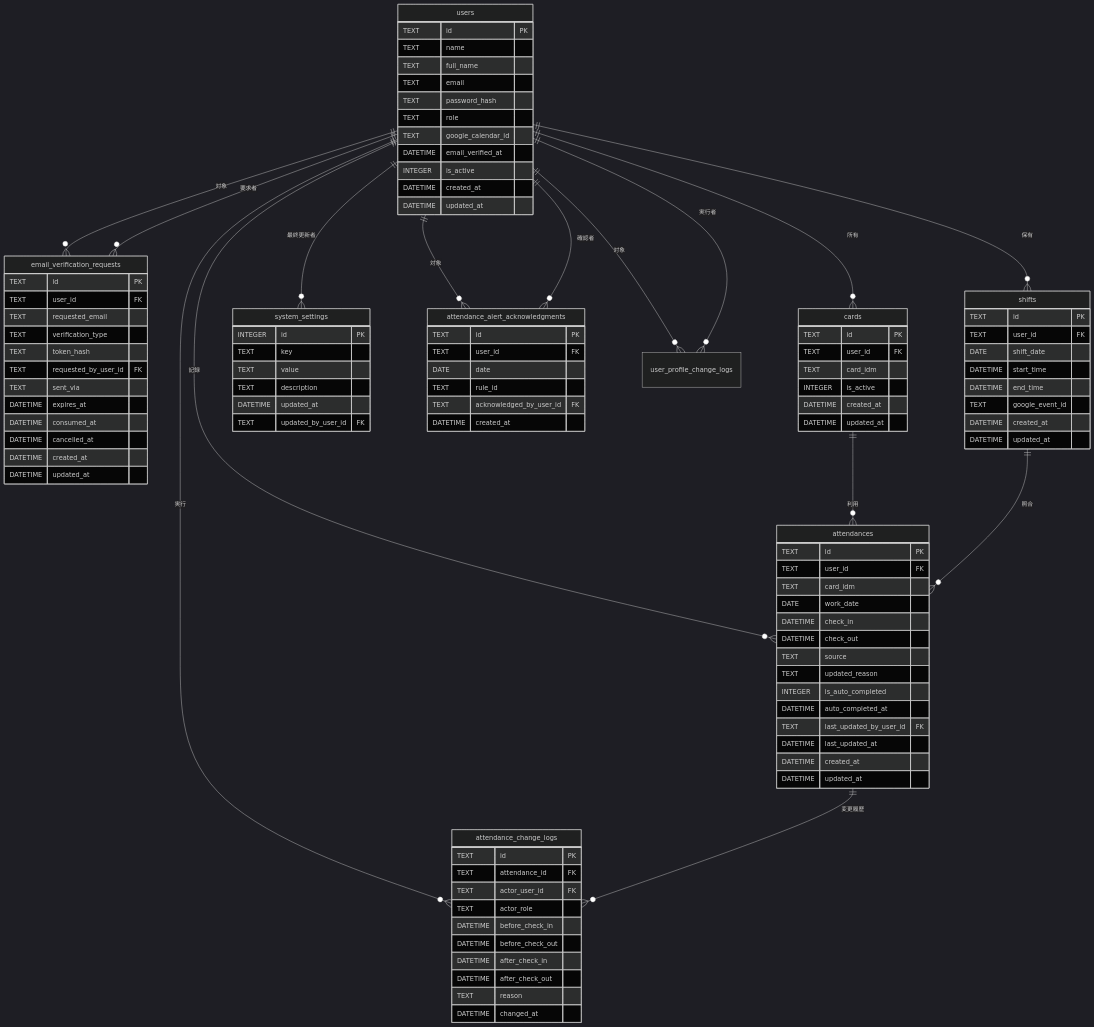
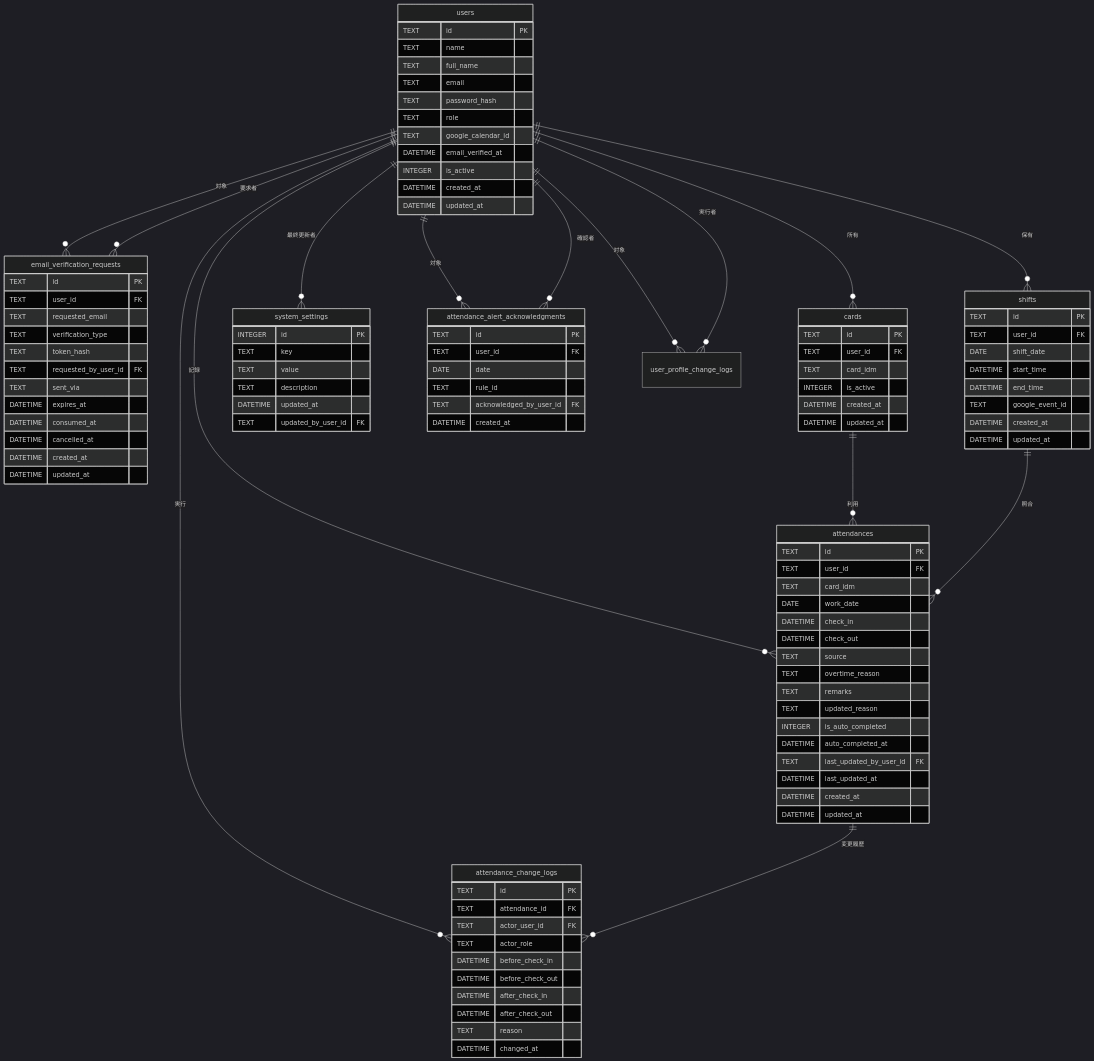
The first of 5 diagrams in docs/database-design.md (tukumanalab/kint), drawn with Mermaid (dark theme) before and after one commit. The commit also changed other lines of this file and 13 other files, not shown here.

```diff
--- a/docs/database-design.md
+++ b/docs/database-design.md
@@ -334,6 +335,8 @@
     DATETIME check_in
     DATETIME check_out
     TEXT source
+    TEXT overtime_reason
+    TEXT remarks
     TEXT updated_reason
     INTEGER is_auto_completed
     DATETIME auto_completed_at
```
